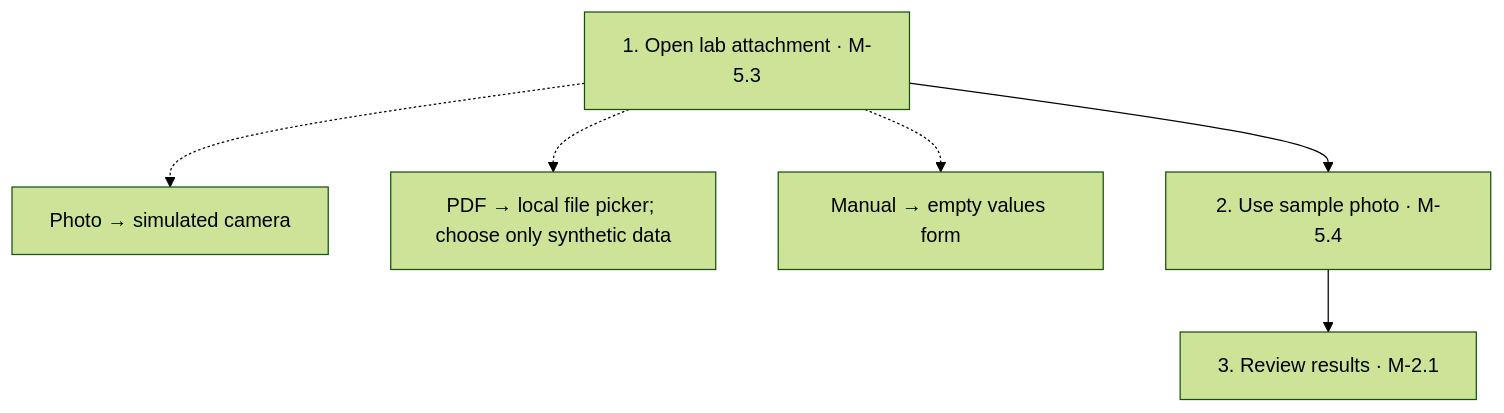
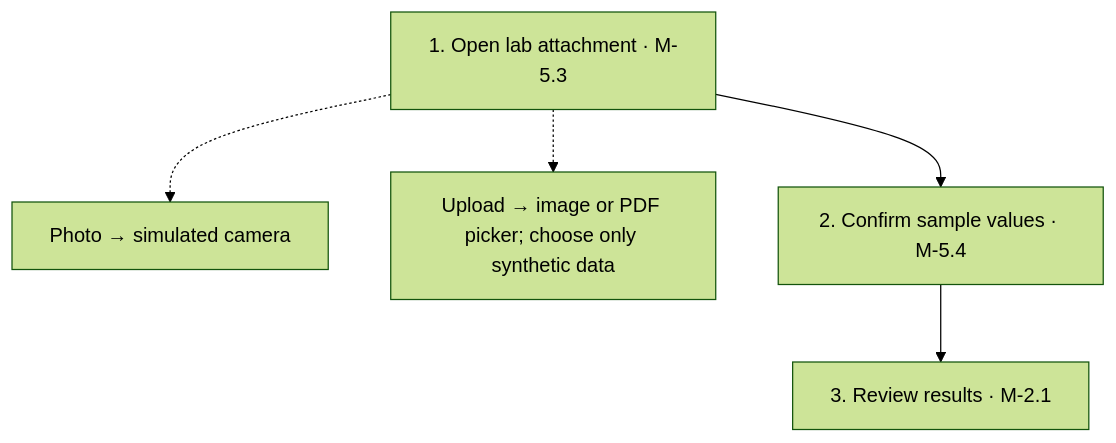
One commit to Ibrahim-tk/Deborah-app changed diagram 15 of 27 in JOURNEY_MAP.md. Above: the diagram before and after it, drawn with Mermaid (forest theme). The commit also changed other lines of this file and 46 other files, not shown here.

````diff
--- a/JOURNEY_MAP.md
+++ b/JOURNEY_MAP.md
@@ -339,11 +339,10 @@
 ```mermaid
 flowchart TD
   N0["1. Open lab attachment · M-5.3"]
   N0 -.-> B0_0["Photo → simulated camera"]
-  N0 -.-> B0_1["PDF → local file picker; choose only synthetic data"]
-  N0 -.-> B0_2["Manual → empty values form"]
-  N1["2. Use sample photo · M-5.4"]
+  N0 -.-> B0_1["Upload → image or PDF picker; choose only synthetic data"]
+  N1["2. Confirm sample values · M-5.4"]
   N0 --> N1
   N2["3. Review results · M-2.1"]
   N1 --> N2
 ```
````
